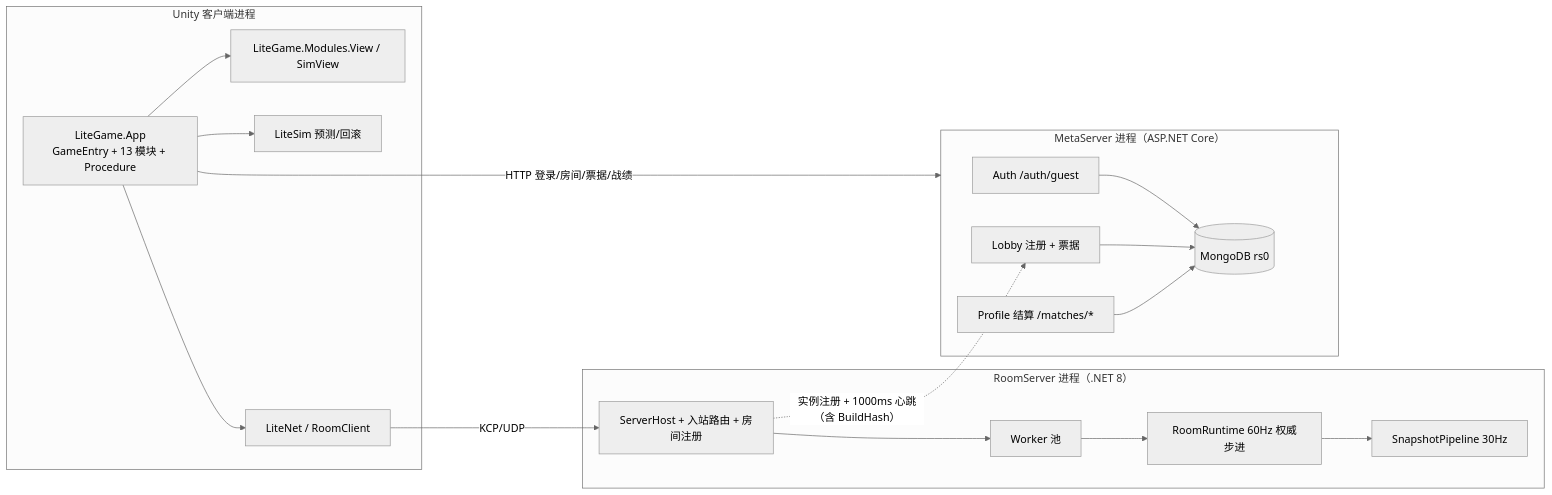
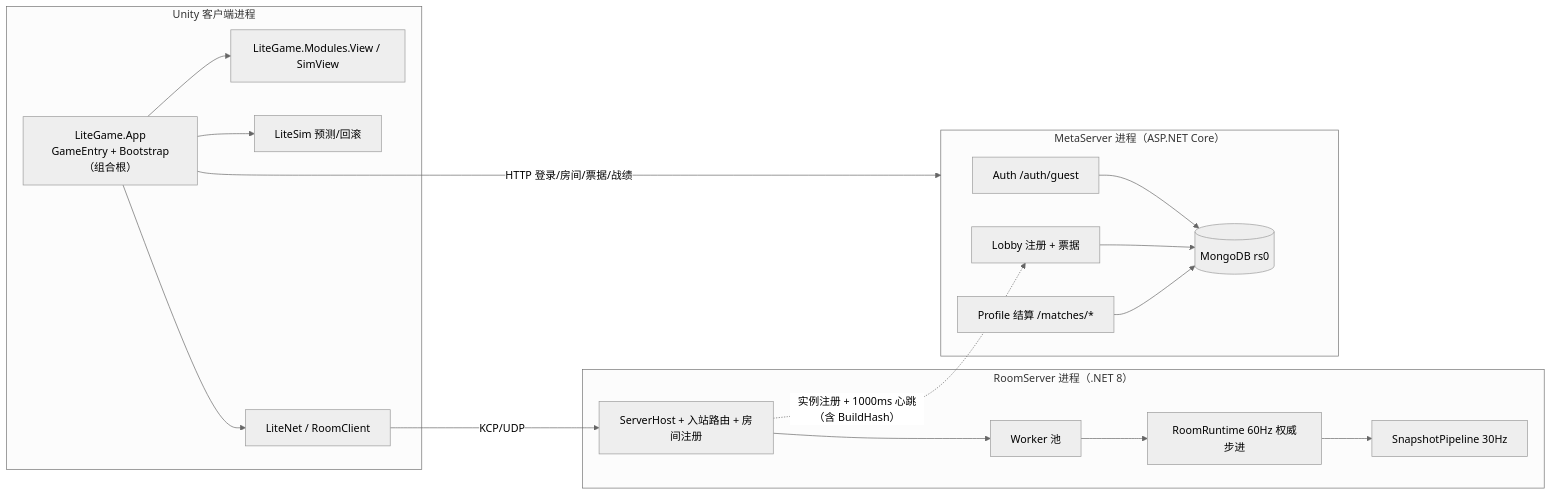
Before and after one commit to highhunter777/LiteFrameWork: the diagram in Docs/说明/02-架构总览与程序集分层.md, drawn with Mermaid (neutral theme). The commit also changed other lines of this file and 456 other files, not shown here.

````diff
--- a/Docs/说明/02-架构总览与程序集分层.md
+++ b/Docs/说明/02-架构总览与程序集分层.md
@@ -89,31 +90,31 @@
 ```mermaid
 flowchart LR
     subgraph C["Unity 客户端进程"]
-        APP["LiteGame.App<br/>GameEntry + 13 模块 + Procedure"]
+        APP["LiteGame.App<br/>GameEntry + Bootstrap（组合根）"]
         VIEW["LiteGame.Modules.View / SimView"]
         SIM["LiteSim 预测/回滚"]
         NET["LiteNet / RoomClient"]
         APP --> VIEW
         APP --> SIM
         APP --> NET
     end
     subgraph R["RoomServer 进程（.NET 8）"]
         HOST["ServerHost + 入站路由 + 房间注册"]
         WORKER["Worker 池"]
         KERNEL["RoomRuntime 60Hz 权威步进"]
         PIPE["SnapshotPipeline 30Hz"]
         HOST --> WORKER --> KERNEL --> PIPE
     end
     subgraph M["MetaServer 进程（ASP.NET Core）"]
         AUTH["Auth /auth/guest"]
         LOBBY["Lobby 注册 + 票据"]
         PROF["Profile 结算 /matches/*"]
         MONGO[("MongoDB rs0")]
         AUTH --> MONGO
         LOBBY --> MONGO
         PROF --> MONGO
     end
     NET -- "KCP/UDP" --> HOST
     APP -- "HTTP 登录/房间/票据/战绩" --> M
     HOST -. "实例注册 + 1000ms 心跳（含 BuildHash）" .-> LOBBY
 ```
````
